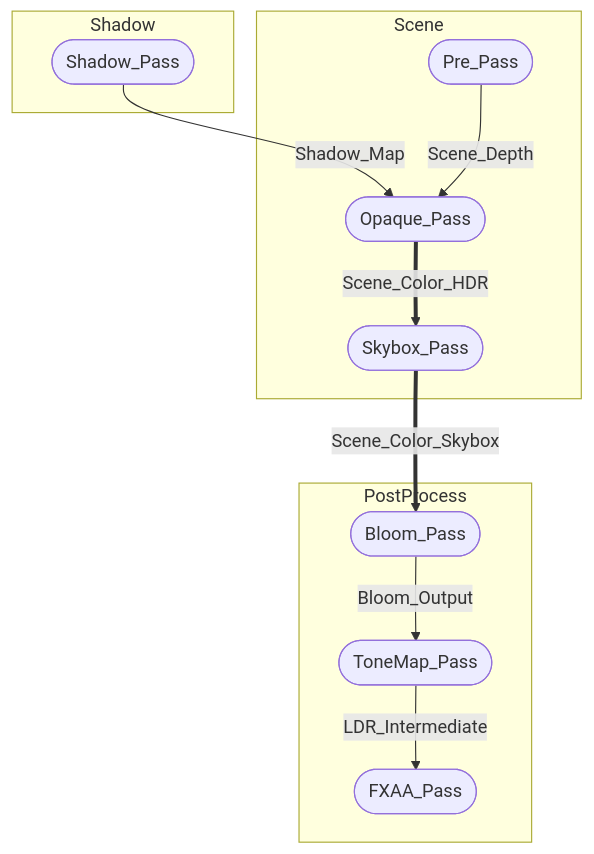
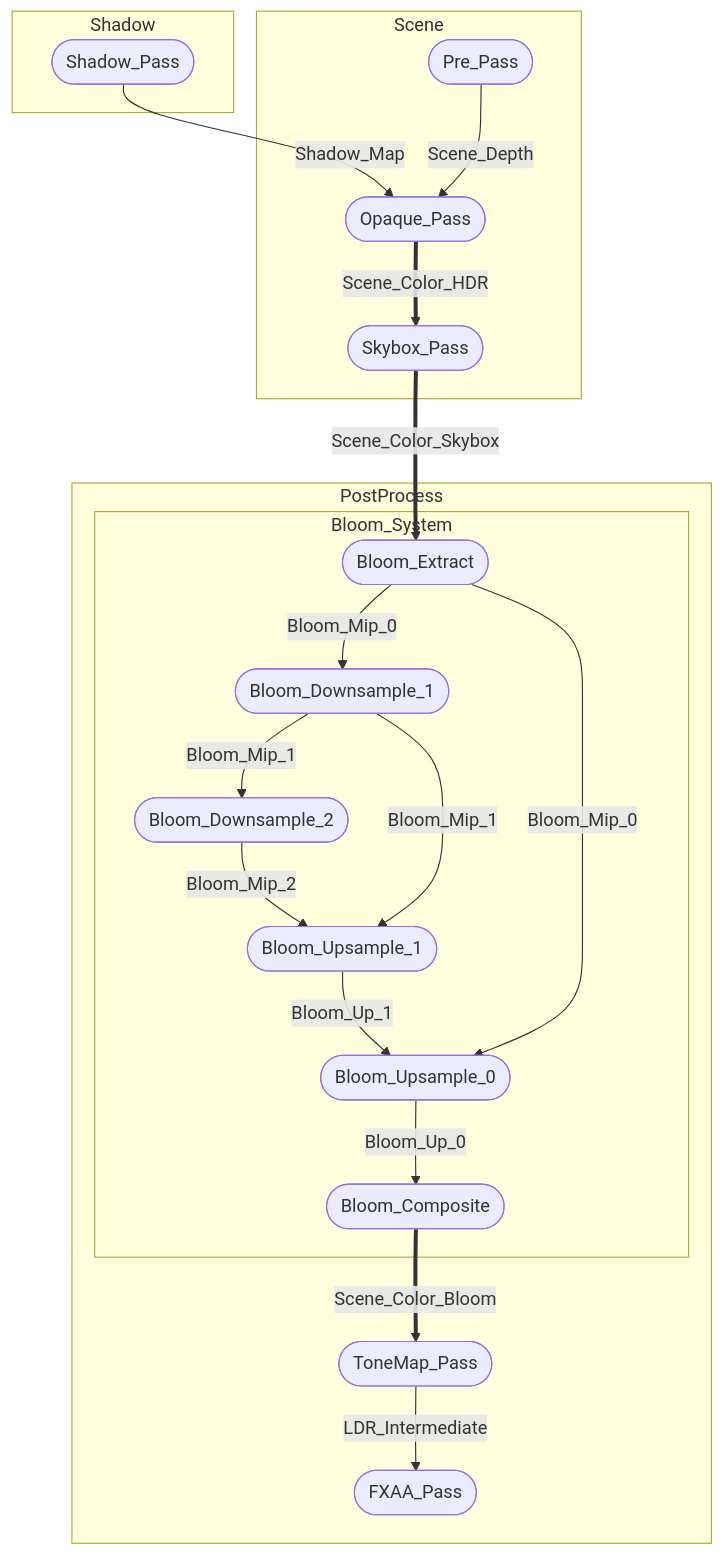
One commit to panxinmiao/myth changed the third of 3 diagrams in docs/RenderGraph.md. Above: the diagram before and after it, drawn with Mermaid. The commit also changed other lines of this file and 5 other files, not shown here.

Commit message:
bloom sub pass

````diff
--- a/docs/RenderGraph.md
+++ b/docs/RenderGraph.md
@@ -194,22 +198,36 @@
 ```mermaid
 flowchart TD
     subgraph Shadow ["Shadow"]
         P0(["Shadow_Pass"]):::alive
     end
     subgraph Scene ["Scene"]
         P1(["Pre_Pass"]):::alive
         P2(["Opaque_Pass"]):::alive
         P3(["Skybox_Pass"]):::alive
     end
     subgraph PostProcess ["PostProcess"]
-        P4(["Bloom_Pass"]):::alive
-        P5(["ToneMap_Pass"]):::alive
-        P6(["FXAA_Pass"]):::alive
+        subgraph Bloom_System ["Bloom_System"]
+            P4(["Bloom_Extract"]):::alive
+            P5(["Bloom_Downsample_1"]):::alive
+            P6(["Bloom_Downsample_2"]):::alive
+            P7(["Bloom_Upsample_1"]):::alive
+            P8(["Bloom_Upsample_0"]):::alive
+            P9(["Bloom_Composite"]):::alive
+        end
+        P10(["ToneMap_Pass"]):::alive
+        P11(["FXAA_Pass"]):::alive
     end
     P0 -->|"Shadow_Map"| P2
     P1 -->|"Scene_Depth"| P2
     P2 ==>|"Scene_Color_HDR"| P3
     P3 ==>|"Scene_Color_Skybox"| P4
-    P4 -->|"Bloom_Output"| P5
-    P5 -->|"LDR_Intermediate"| P6
+    P4 -->|"Bloom_Mip_0"| P5
+    P5 -->|"Bloom_Mip_1"| P6
+    P6 -->|"Bloom_Mip_2"| P7
+    P5 -->|"Bloom_Mip_1"| P7
+    P7 -->|"Bloom_Up_1"| P8
+    P4 -->|"Bloom_Mip_0"| P8
+    P8 -->|"Bloom_Up_0"| P9
+    P9 ==>|"Scene_Color_Bloom"| P10
+    P10 -->|"LDR_Intermediate"| P11
 ```
````
